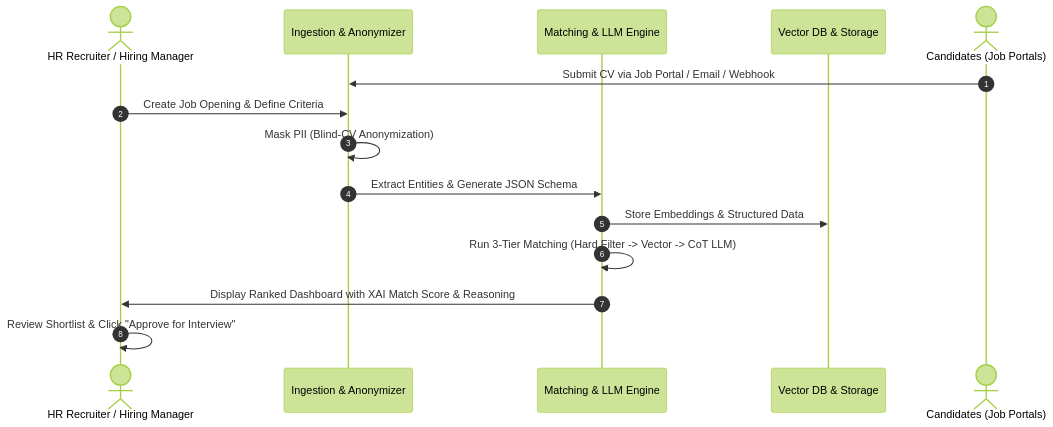
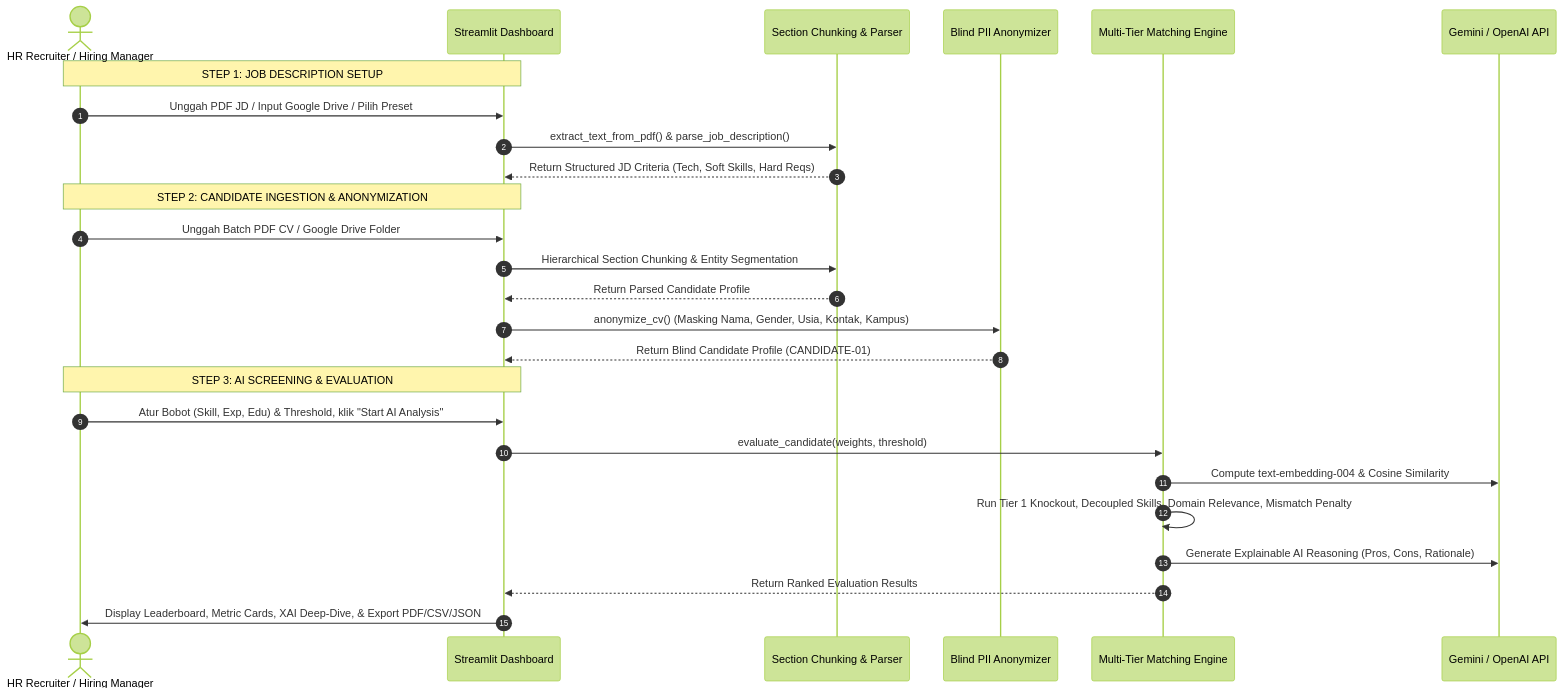
Before and after one commit to rrexzra36/Autonomous_Candidate_Screening_Platform: the diagram in PRD.md, drawn with Mermaid (forest theme). The commit also changed other lines of this file and 2 other files, not shown here.

Commit message:
docs: update README, PRD, and Presentation Deck with comprehensive mathematical formulas, algorithms, tech stack, and workflow

````diff
--- a/PRD.md
+++ b/PRD.md
@@ -45,18 +45,31 @@
 ```mermaid
 sequenceDiagram
     autonumber
     actor HR as HR Recruiter / Hiring Manager
-    participant Sys as Ingestion & Anonymizer
-    participant AI as Matching & LLM Engine
-    participant DB as Vector DB & Storage
-    actor User as Candidates (Job Portals)
+    participant App as Streamlit Dashboard
+    participant Parser as Section Chunking & Parser
+    participant Anon as Blind PII Anonymizer
+    participant Matcher as Multi-Tier Matching Engine
+    participant LLM as Gemini / OpenAI API
 
-    User->>Sys: Submit CV via Job Portal / Email / Webhook
-    HR->>Sys: Create Job Opening & Define Criteria
-    Sys->>Sys: Mask PII (Blind-CV Anonymization)
-    Sys->>AI: Extract Entities & Generate JSON Schema
-    AI->>DB: Store Embeddings & Structured Data
-    AI->>AI: Run 3-Tier Matching (Hard Filter -> Vector -> CoT LLM)
-    AI->>HR: Display Ranked Dashboard with XAI Match Score & Reasoning
-    HR->>HR: Review Shortlist & Click "Approve for Interview"
+    Note over HR,App: STEP 1: JOB DESCRIPTION SETUP
+    HR->>App: Unggah PDF JD / Input Google Drive / Pilih Preset
+    App->>Parser: extract_text_from_pdf() & parse_job_description()
+    Parser-->>App: Return Structured JD Criteria (Tech, Soft Skills, Hard Reqs)
+
+    Note over HR,App: STEP 2: CANDIDATE INGESTION & ANONYMIZATION
+    HR->>App: Unggah Batch PDF CV / Google Drive Folder
+    App->>Parser: Hierarchical Section Chunking & Entity Segmentation
+    Parser-->>App: Return Parsed Candidate Profile
+    App->>Anon: anonymize_cv() (Masking Nama, Gender, Usia, Kontak, Kampus)
+    Anon-->>App: Return Blind Candidate Profile (CANDIDATE-01)
+
+    Note over HR,App: STEP 3: AI SCREENING & EVALUATION
+    HR->>App: Atur Bobot (Skill, Exp, Edu) & Threshold, klik "Start AI Analysis"
+    App->>Matcher: evaluate_candidate(weights, threshold)
+    Matcher->>LLM: Compute text-embedding-004 & Cosine Similarity
+    Matcher->>Matcher: Run Tier 1 Knockout, Decoupled Skills, Domain Relevance, Mismatch Penalty
+    Matcher->>LLM: Generate Explainable AI Reasoning (Pros, Cons, Rationale)
+    Matcher-->>App: Return Ranked Evaluation Results
+    App->>HR: Display Leaderboard, Metric Cards, XAI Deep-Dive, & Export PDF/CSV/JSON
 ```
````
